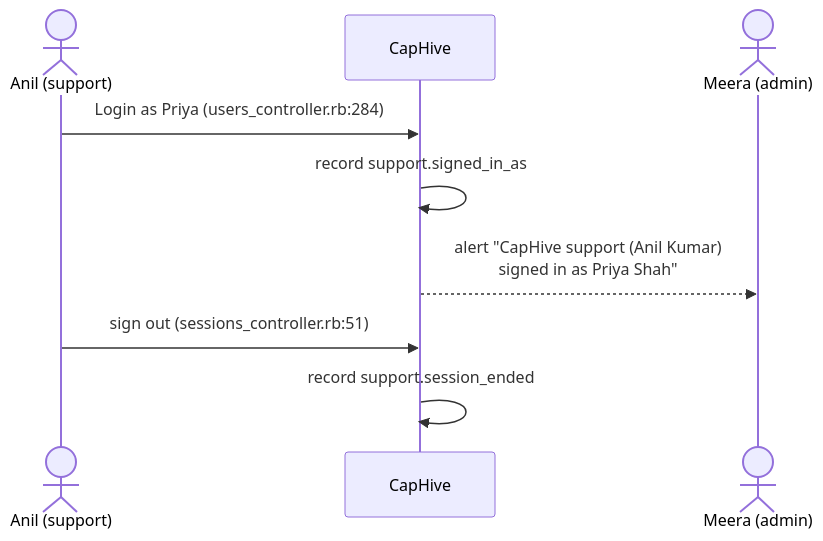
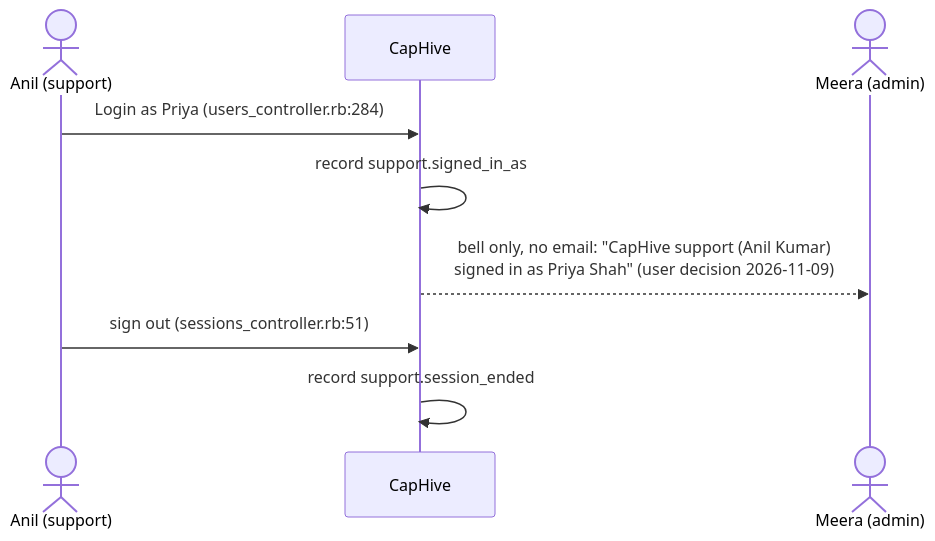
The fourth of 13 diagrams in openspec/changes/security-event-trail/design.md (sampadadiwan/IRM_CompanyMain), drawn with Mermaid before and after one commit. The commit also changed other lines of this file and 89 other files, not shown here.

````diff
--- a/openspec/changes/security-event-trail/design.md
+++ b/openspec/changes/security-event-trail/design.md
@@ -217,11 +218,11 @@
 ```mermaid
 sequenceDiagram
     actor An as Anil (support)
     participant App as CapHive
     actor Me as Meera (admin)
     An->>App: Login as Priya (users_controller.rb:284)
     App->>App: record support.signed_in_as
-    App-->>Me: alert "CapHive support (Anil Kumar)<br/>signed in as Priya Shah"
+    App-->>Me: bell only, no email: "CapHive support (Anil Kumar)<br/>signed in as Priya Shah" (user decision 2026-11-09)
     An->>App: sign out (sessions_controller.rb:51)
     App->>App: record support.session_ended
 ```
````
